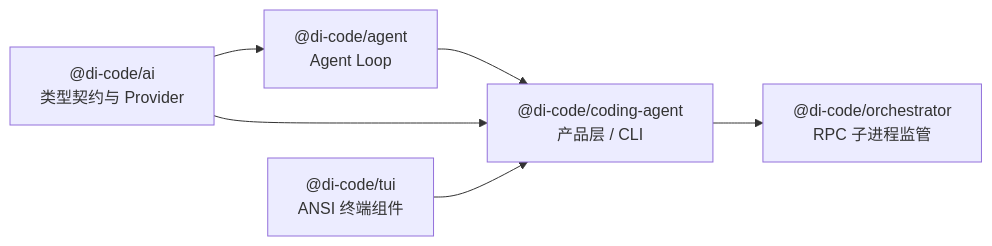
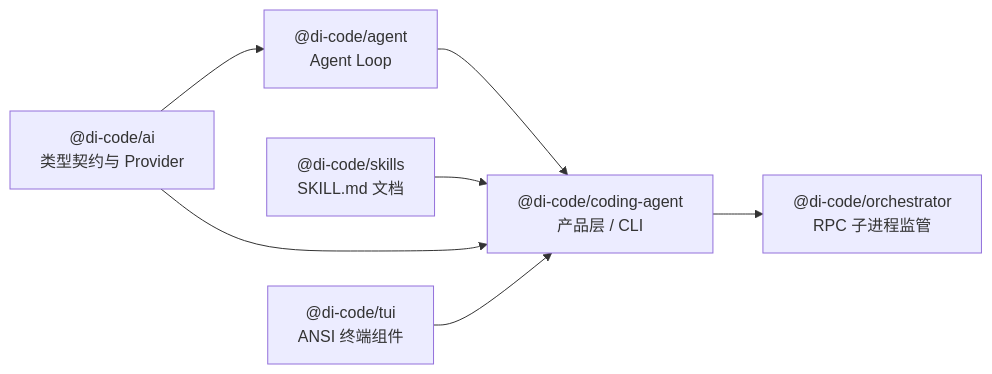
Before and after one commit to qddidi/di-code: the first of 3 diagrams in docs/开发教程.md, drawn with Mermaid. The commit also changed other lines of this file and 36 other files, not shown here.

````diff
--- a/docs/开发教程.md
+++ b/docs/开发教程.md
@@ -11,8 +11,9 @@
 ```mermaid
 graph LR
   AI["@di-code/ai<br/>类型契约与 Provider"] --> Agent["@di-code/agent<br/>Agent Loop"]
   Agent --> Coding["@di-code/coding-agent<br/>产品层 / CLI"]
+  Skills["@di-code/skills<br/>SKILL.md 文档"] --> Coding
   AI --> Coding
   TUI["@di-code/tui<br/>ANSI 终端组件"] --> Coding
   Coding --> Orchestrator["@di-code/orchestrator<br/>RPC 子进程监管"]
 ```
````
